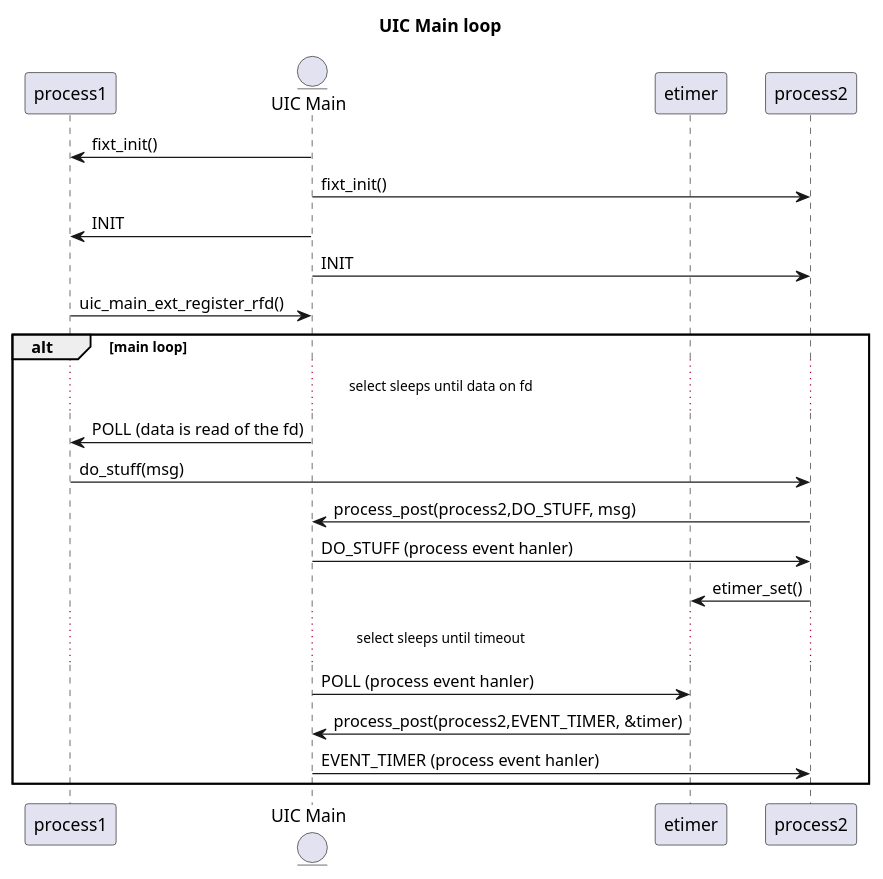
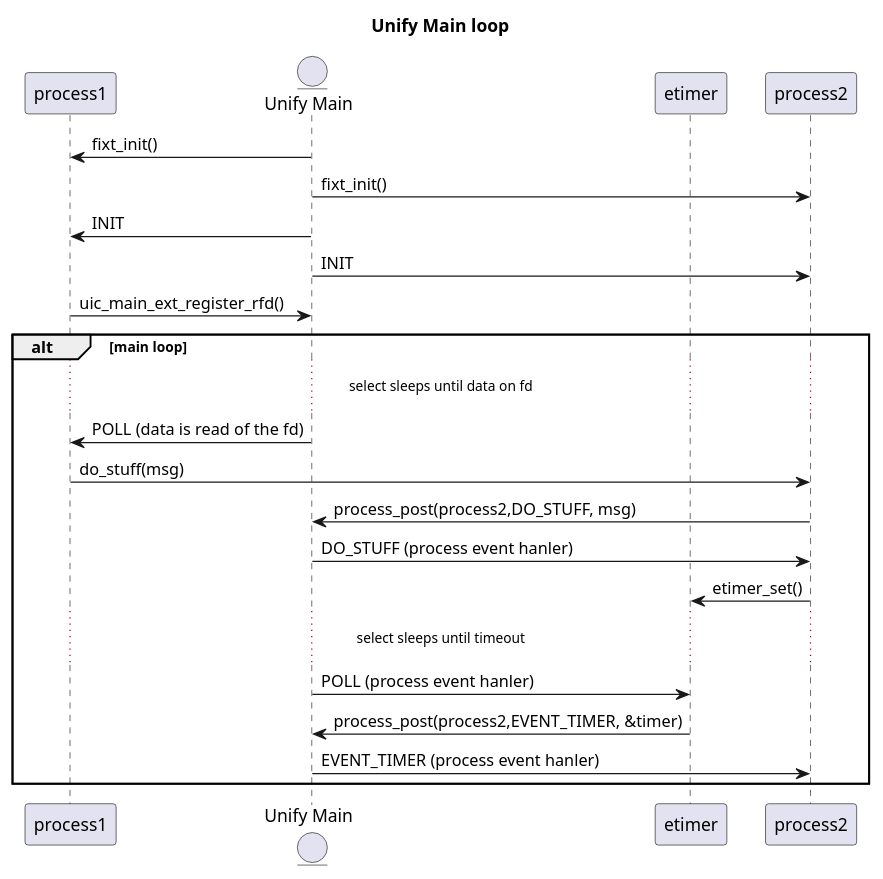
The diagram in doc/assets/img/sequence_uic_ipc.pu (SiliconLabs/UnifySDK), drawn with PlantUML before and after one commit. The commit also changed 13798 other files, not shown here.

```diff
--- a/doc/assets/img/sequence_uic_ipc.pu
+++ b/doc/assets/img/sequence_uic_ipc.pu
@@ -1,27 +1,27 @@
 @startuml
-    title UIC Main loop
+    title Unify Main loop
     participant process1
-    entity "UIC Main" as main
+    entity "Unify Main" as main
     participant etimer
     participant process2
 
     main-> process1: fixt_init()
     main-> process2: fixt_init()
     main-> process1: INIT
     main-> process2: INIT
 
     process1 -> main: uic_main_ext_register_rfd()
 
     alt main loop
       ... select sleeps until data on fd ...
       main -> process1: POLL (data is read of the fd)
       process1 -> process2: do_stuff(msg)
       process2 -> main: process_post(process2,DO_STUFF, msg)
       main -> process2: DO_STUFF (process event hanler)
       process2->etimer: etimer_set()
       ... select sleeps until timeout ...
       main -> etimer: POLL (process event hanler)
       etimer -> main: process_post(process2,EVENT_TIMER, &timer)
       main -> process2: EVENT_TIMER (process event hanler)
     end
 @enduml
```
